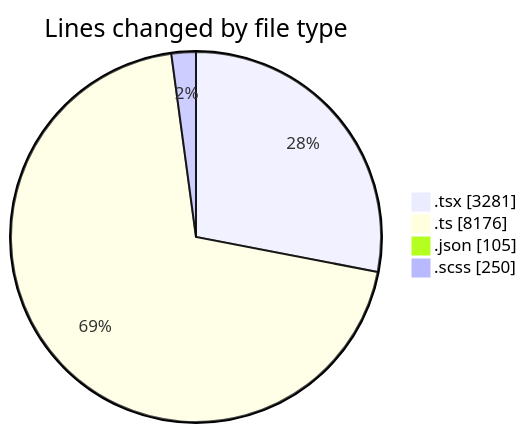
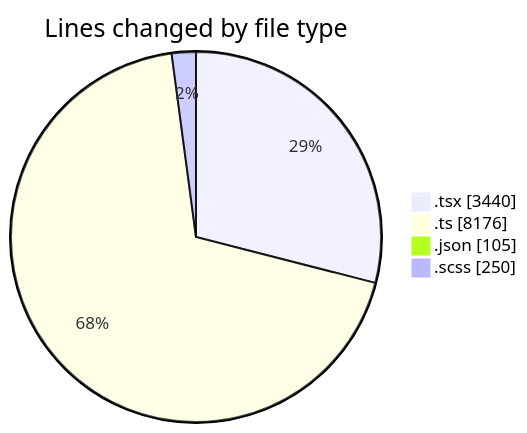
The first of 2 diagrams in 2025-07-09/cda/README.md (momahboobian/code-tracking), drawn with Mermaid before and after one commit. The commit also changed other lines of this file and 1 other file, not shown here.

````diff
--- a/2025-07-09/cda/README.md
+++ b/2025-07-09/cda/README.md
@@ -39,8 +40,8 @@
 ```mermaid
 pie showData
 title Lines changed by file type
-".tsx" : 3281
+".tsx" : 3440
 ".ts" : 8176
 ".json" : 105
 ".scss" : 250
 ```
````
